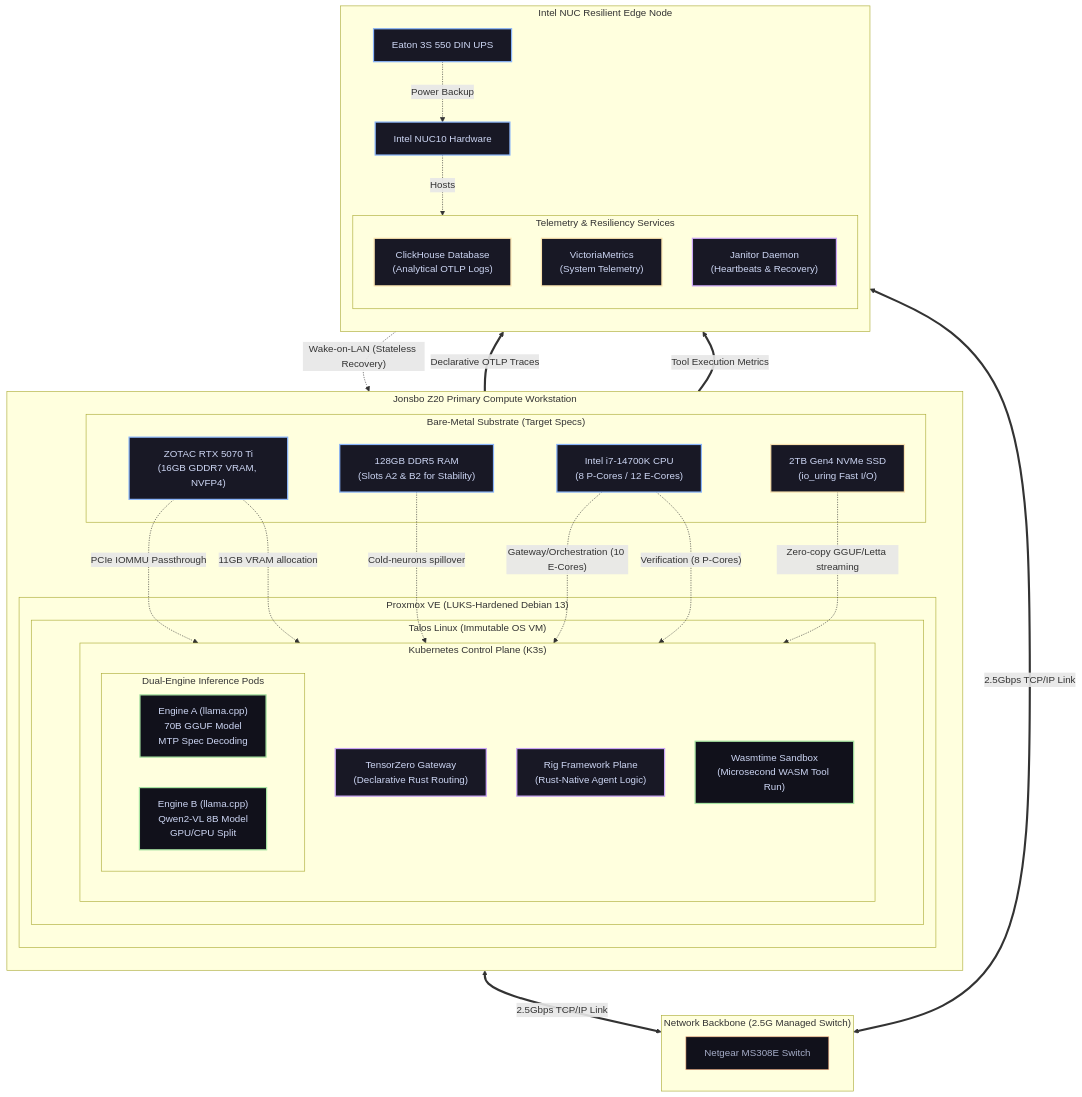
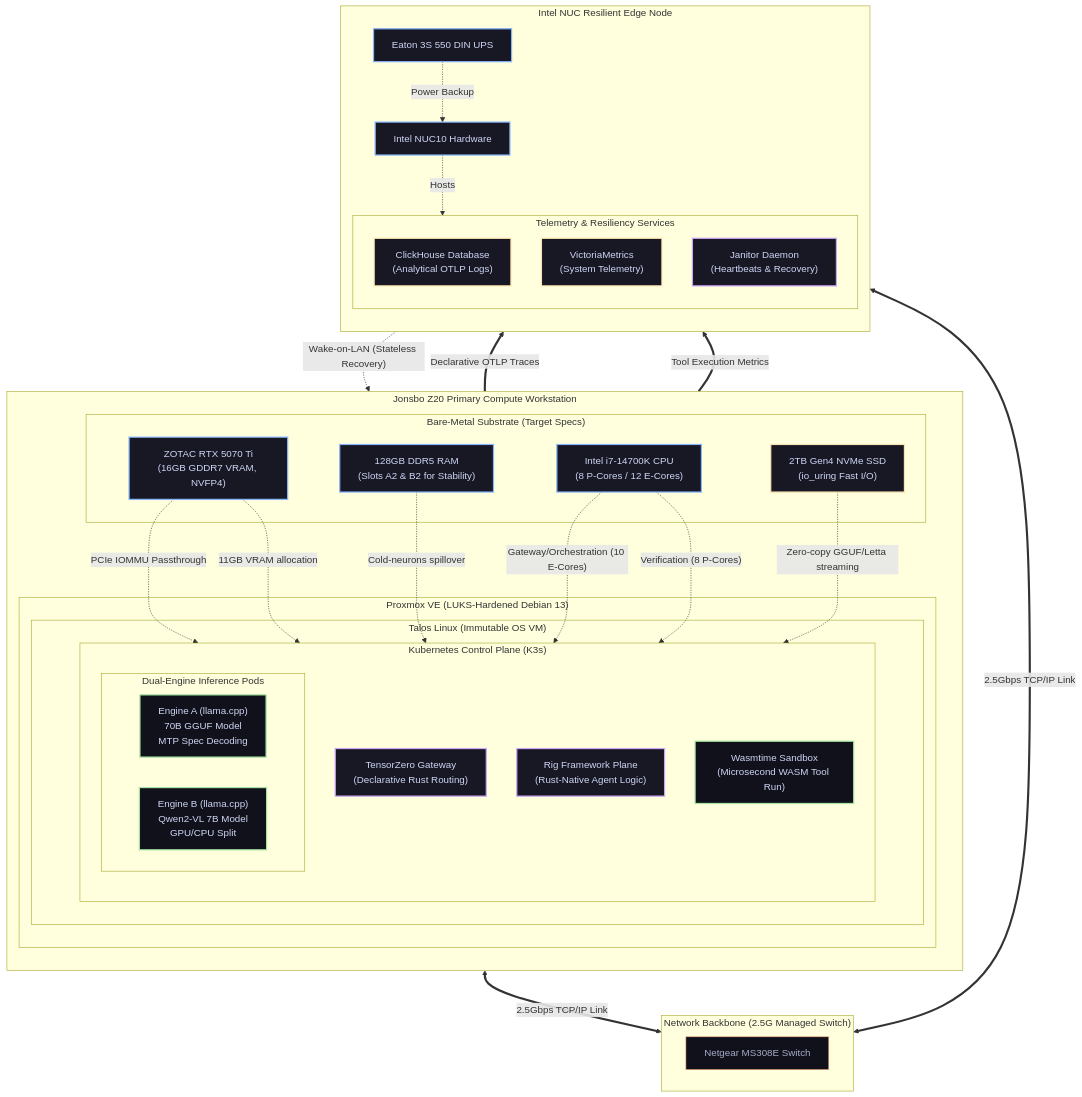
Before and after one commit to foersben/janus-synapse-edge: the diagram in docs/index.md, drawn with Mermaid. The commit also changed 9 other files, not shown here.

Commit message:
Standardize Engine B size to Qwen2-VL-7B and fix ZVOL block sizes

````diff
--- a/docs/index.md
+++ b/docs/index.md
@@ -28,73 +28,73 @@
 ```mermaid
 flowchart TB
     %% Style definitions
     classDef physical fill:#181825,stroke:#89b4fa,stroke-width:2px,color:#cdd6f4
     classDef virtual fill:#11111b,stroke:#a6e3a1,stroke-width:2px,color:#cdd6f4
     classDef storage fill:#181825,stroke:#f9e2af,stroke-width:2px,color:#cdd6f4
     classDef runtime fill:#181825,stroke:#cba6f7,stroke-width:2px,color:#cdd6f4
     classDef network fill:#11111b,stroke:#fab387,stroke-width:1px,color:#a6adc8
 
     subgraph ComputeNode["Jonsbo Z20 Primary Compute Workstation"]
         direction TB
         subgraph Hardware["Bare-Metal Substrate (Target Specs)"]
             CPU["Intel i7-14700K CPU<br/>(8 P-Cores / 12 E-Cores)"]:::physical
             GPU["ZOTAC RTX 5070 Ti<br/>(16GB GDDR7 VRAM, NVFP4)"]:::physical
             RAM["128GB DDR5 RAM<br/>(Slots A2 & B2 for Stability)"]:::physical
             NVMe["2TB Gen4 NVMe SSD<br/>(io_uring Fast I/O)"]:::storage
         end
 
         subgraph Virtualization["Proxmox VE (LUKS-Hardened Debian 13)"]
             subgraph Talos["Talos Linux (Immutable OS VM)"]
                 subgraph K3s["Kubernetes Control Plane (K3s)"]
                     direction TB
                     Gateway["TensorZero Gateway<br/>(Declarative Rust Routing)"]:::runtime
                     Rig["Rig Framework Plane<br/>(Rust-Native Agent Logic)"]:::runtime
                     WASM["Wasmtime Sandbox<br/>(Microsecond WASM Tool Run)"]:::virtual
 
                     subgraph DualEngine["Dual-Engine Inference Pods"]
                         direction LR
                         EngineA["Engine A (llama.cpp)<br/>70B GGUF Model<br/>MTP Spec Decoding"]:::virtual
-                        EngineB["Engine B (llama.cpp)<br/>Qwen2-VL 8B Model<br/>GPU/CPU Split"]:::virtual
+                        EngineB["Engine B (llama.cpp)<br/>Qwen2-VL 7B Model<br/>GPU/CPU Split"]:::virtual
                     end
                 end
             end
         end
 
         %% Connections and Resource Routing
         GPU -. "PCIe IOMMU Passthrough" .-> EngineB
         GPU -. "11GB VRAM allocation" .-> EngineA
         RAM -. "Cold-neurons spillover" .-> EngineA
         CPU -. "Verification (8 P-Cores)" .-> EngineA
         CPU -. "Gateway/Orchestration (10 E-Cores)" .-> Rig
         NVMe -. "Zero-copy GGUF/Letta streaming" .-> EngineA
     end
 
     subgraph Switch["Network Backbone (2.5G Managed Switch)"]
         direction LR
         NETGEAR["Netgear MS308E Switch"]:::network
     end
 
     subgraph EdgeNode["Intel NUC Resilient Edge Node"]
         direction TB
         NUC_HW["Intel NUC10 Hardware"]:::physical
         UPS["Eaton 3S 550 DIN UPS"]:::physical
 
         subgraph TelemetryStore["Telemetry & Resiliency Services"]
             ClickHouse["ClickHouse Database<br/>(Analytical OTLP Logs)"]:::storage
             VictoriaMetrics["VictoriaMetrics<br/>(System Telemetry)"]:::storage
             Janitor["Janitor Daemon<br/>(Heartbeats & Recovery)"]:::runtime
         end
 
         UPS -. "Power Backup" .-> NUC_HW
         NUC_HW -. "Hosts" .-> TelemetryStore
     end
 
     %% Network links
     ComputeNode <== "2.5Gbps TCP/IP Link" ==> NETGEAR
     NETGEAR <== "2.5Gbps TCP/IP Link" ==> EdgeNode
 
     %% Logic pathways
     Rig ==>|"Declarative OTLP Traces"| ClickHouse
     WASM ==>|"Tool Execution Metrics"| VictoriaMetrics
     Janitor -. "Wake-on-LAN (Stateless Recovery)" .-> ComputeNode
 ```
````
